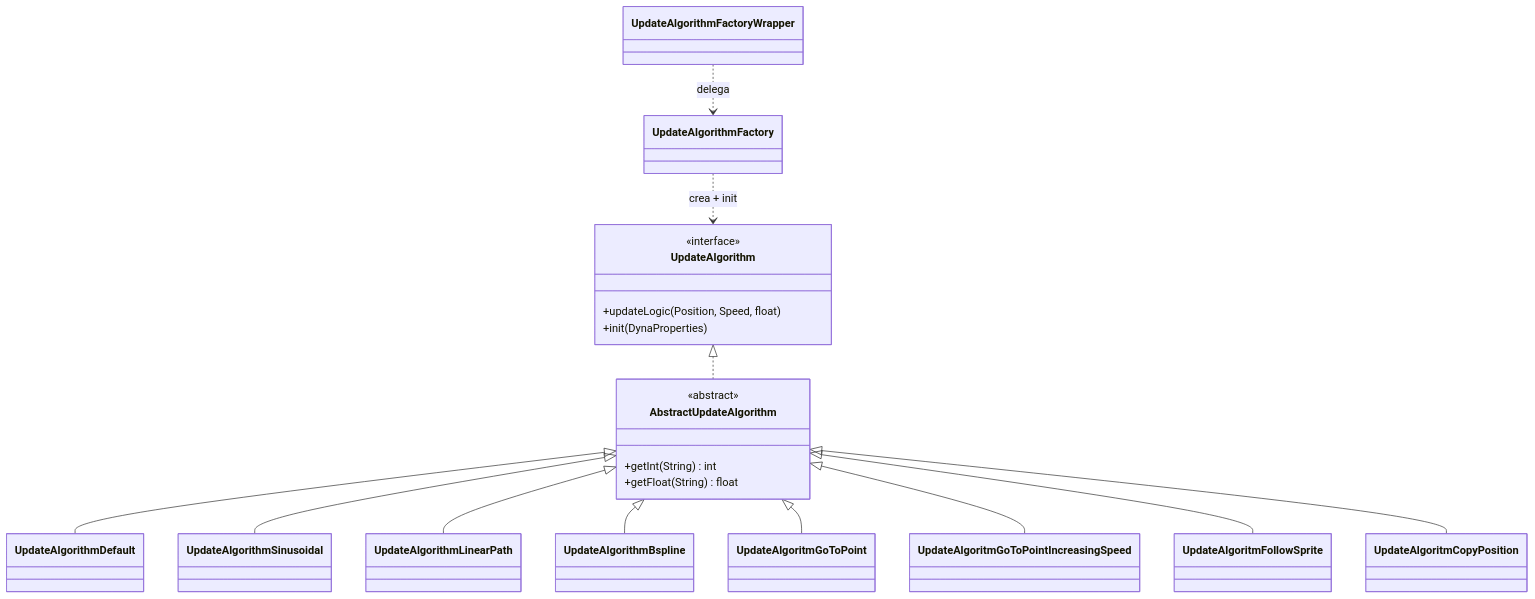
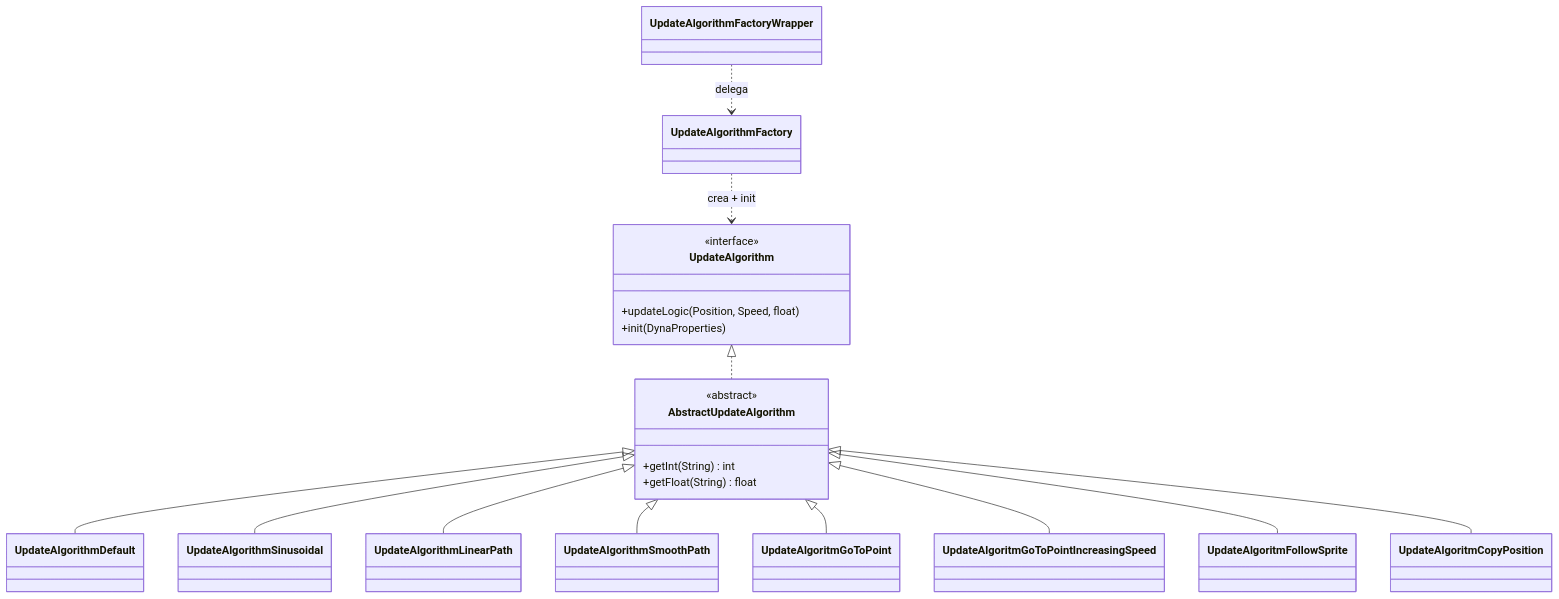
The second of 3 diagrams in documentation/subsystems/entity-movement-algorithms/index.md (alesky78/TigerSupply), drawn with Mermaid before and after one commit. The commit also changed other lines of this file and 13 other files, not shown here.

First line of the commit message:
feat: replace UpdateAlgorithmBspline with UpdateAlgorithmSmoothPath

````diff
--- a/documentation/subsystems/entity-movement-algorithms/index.md
+++ b/documentation/subsystems/entity-movement-algorithms/index.md
@@ -169,24 +170,24 @@
 ```mermaid
 classDiagram
     class UpdateAlgorithm {
         <<interface>>
         +updateLogic(Position, Speed, float)
         +init(DynaProperties)
     }
     class AbstractUpdateAlgorithm {
         <<abstract>>
         +getInt(String) int
         +getFloat(String) float
     }
     UpdateAlgorithm <|.. AbstractUpdateAlgorithm
     AbstractUpdateAlgorithm <|-- UpdateAlgorithmDefault
     AbstractUpdateAlgorithm <|-- UpdateAlgorithmSinusoidal
     AbstractUpdateAlgorithm <|-- UpdateAlgorithmLinearPath
-    AbstractUpdateAlgorithm <|-- UpdateAlgorithmBspline
+    AbstractUpdateAlgorithm <|-- UpdateAlgorithmSmoothPath
     AbstractUpdateAlgorithm <|-- UpdateAlgoritmGoToPoint
     AbstractUpdateAlgorithm <|-- UpdateAlgoritmGoToPointIncreasingSpeed
     AbstractUpdateAlgorithm <|-- UpdateAlgoritmFollowSprite
     AbstractUpdateAlgorithm <|-- UpdateAlgoritmCopyPosition
     UpdateAlgorithmFactory ..> UpdateAlgorithm : crea + init
     UpdateAlgorithmFactoryWrapper ..> UpdateAlgorithmFactory : delega
 ```
````
